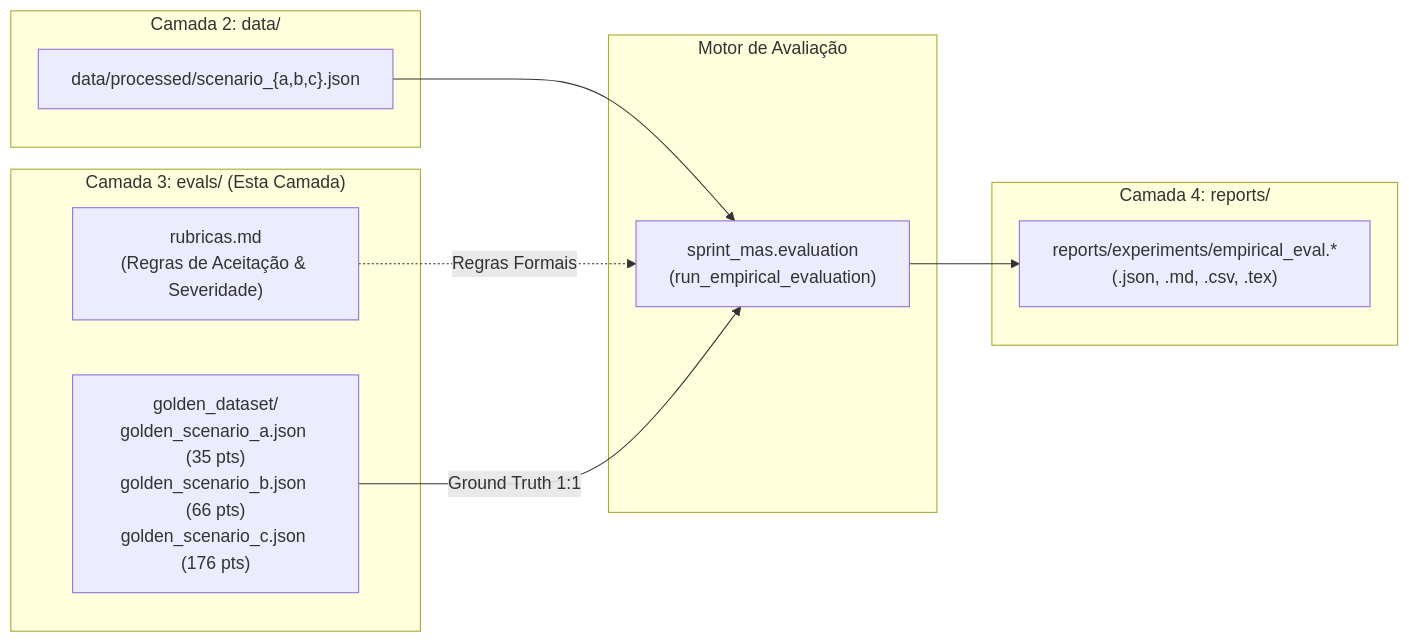
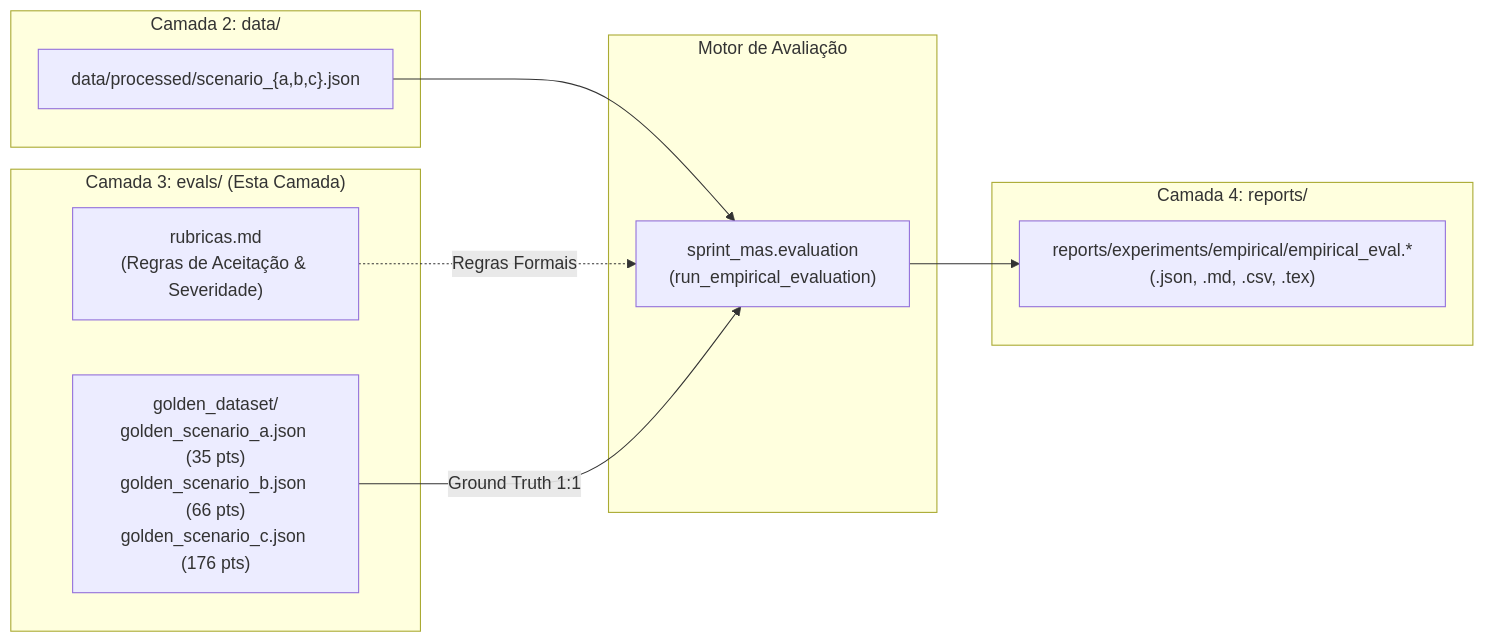
One commit to ElyssonAlvs/REIC_WESAAC_code changed the diagram in evals/README.md. Above: the diagram before and after it, drawn with Mermaid. The commit also changed other lines of this file and 4 other files, not shown here.

````diff
--- a/evals/README.md
+++ b/evals/README.md
@@ -11,24 +11,24 @@
 ```mermaid
 flowchart LR
     subgraph Data["Camada 2: data/"]
         RAW["data/processed/scenario_{a,b,c}.json"]
     end
 
     subgraph Evals["Camada 3: evals/ (Esta Camada)"]
         RUBRICS["rubricas.md<br/>(Regras de Aceitação & Severidade)"]
         GOLDEN["golden_dataset/<br/>golden_scenario_a.json (35 pts)<br/>golden_scenario_b.json (66 pts)<br/>golden_scenario_c.json (176 pts)"]
     end
 
     subgraph Engine["Motor de Avaliação"]
         EVAL_PY["sprint_mas.evaluation<br/>(run_empirical_evaluation)"]
     end
 
     subgraph Reports["Camada 4: reports/"]
-        OUT["reports/experiments/empirical_eval.*<br/>(.json, .md, .csv, .tex)"]
+        OUT["reports/experiments/empirical/empirical_eval.*<br/>(.json, .md, .csv, .tex)"]
     end
 
     RAW --> EVAL_PY
     RUBRICS -.->|Regras Formais| EVAL_PY
     GOLDEN -->|Ground Truth 1:1| EVAL_PY
     EVAL_PY --> OUT
 ```
````
